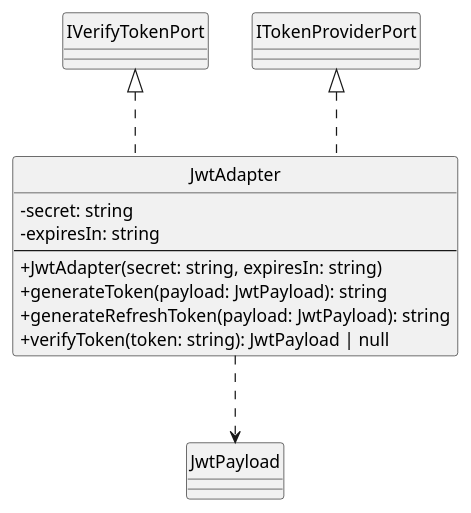
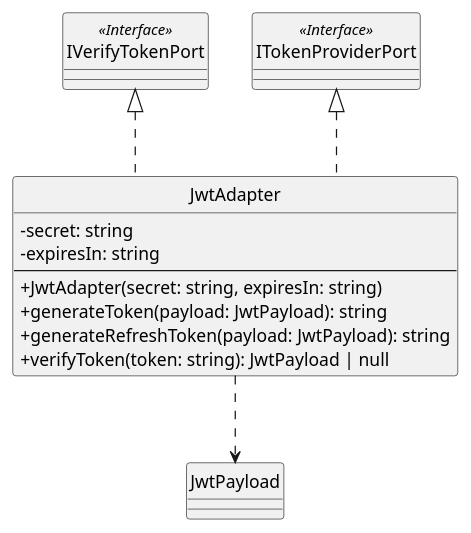
The diagram in assets/st_diagrams/code/plantuml/account/infrastructure/adapters/jwt.adapter.plantuml (SkarabGroup/DocumentazioneProgetto), drawn with PlantUML before and after one commit. The commit also changed 107 other files, not shown here.

Commit message:
Fixed all diagrams with interfaces

```diff
--- a/assets/st_diagrams/code/plantuml/account/infrastructure/adapters/jwt.adapter.plantuml
+++ b/assets/st_diagrams/code/plantuml/account/infrastructure/adapters/jwt.adapter.plantuml
@@ -1,25 +1,28 @@
 @startuml JwtAdapter
 
 skinparam componentStyle uml2.5
 skinparam linetype ortho
 skinparam nodesep auto
 skinparam ranksep 70
 skinparam ClassAttributeIconSize 0
 hide circles
+
+class ITokenProviderPort <<Interface>> 
+class IVerifyTokenPort <<Interface>> 
 
 class JwtAdapter {
     - secret: string
     - expiresIn: string
     ---
     + JwtAdapter(secret: string, expiresIn: string)
     + generateToken(payload: JwtPayload): string
     + generateRefreshToken(payload: JwtPayload): string
     + verifyToken(token: string): JwtPayload | null
 }
 
 ' Relations
 JwtAdapter ..up|> ITokenProviderPort
 JwtAdapter ..up|> IVerifyTokenPort
 JwtAdapter ..> JwtPayload
 
 @enduml
```
